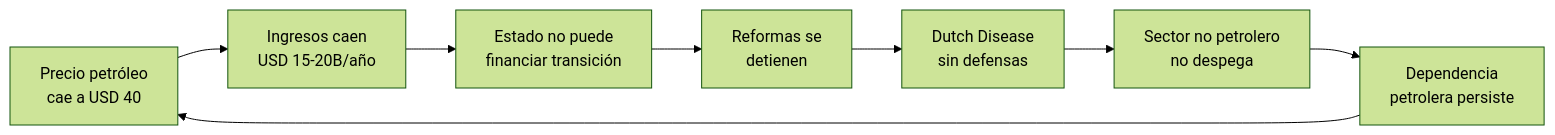
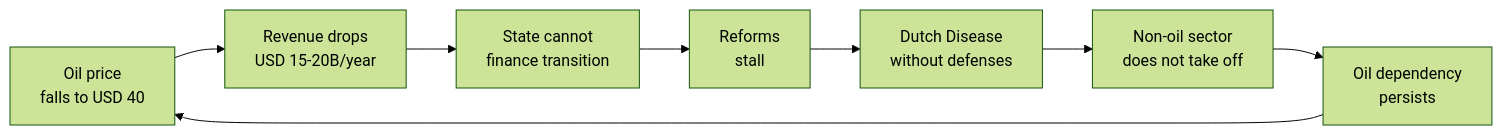
The third of 5 diagrams in i18n/en/docusaurus-plugin-content-docs/current/07-ejecucion/riesgos.md (Venezuela-S-A/venezuela-sa), drawn with Mermaid (forest theme) before and after one commit. The commit also changed other lines of this file and 127 other files, not shown here.

````diff
--- a/i18n/en/docusaurus-plugin-content-docs/current/07-ejecucion/riesgos.md
+++ b/i18n/en/docusaurus-plugin-content-docs/current/07-ejecucion/riesgos.md
@@ -159,10 +159,10 @@
 ```mermaid
 flowchart LR
-    A[Precio petróleo<br>cae a USD 40] --> B[Ingresos caen<br>USD 15-20B/año]
-    B --> C[Estado no puede<br>financiar transición]
-    C --> D[Reformas se<br>detienen]
-    D --> E[Dutch Disease<br>sin defensas]
-    E --> F[Sector no petrolero<br>no despega]
-    F --> G[Dependencia<br>petrolera persiste]
+    A[Oil price<br>falls to USD 40] --> B[Revenue drops<br>USD 15-20B/year]
+    B --> C[State cannot<br>finance transition]
+    C --> D[Reforms<br>stall]
+    D --> E[Dutch Disease<br>without defenses]
+    E --> F[Non-oil sector<br>does not take off]
+    F --> G[Oil dependency<br>persists]
     G --> A
 ```
````
